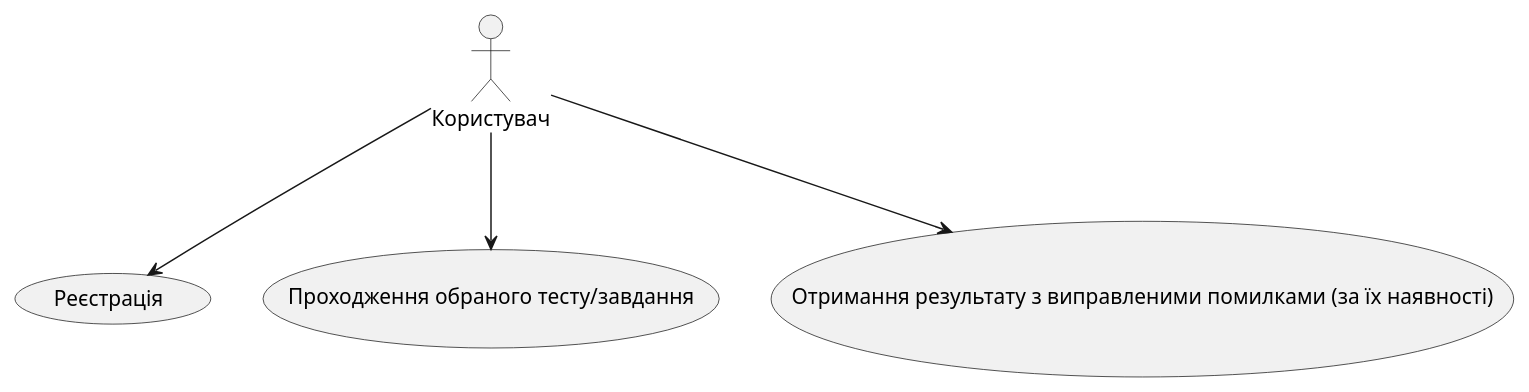
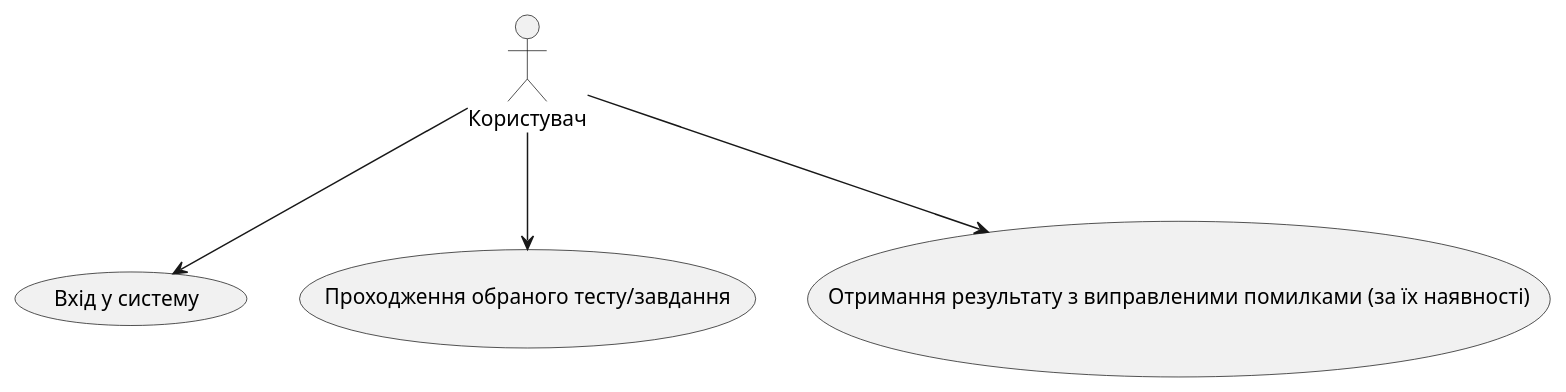
The diagram in docs/use cases/User.puml (Oleh-Khomenko/Tryeng), drawn with PlantUML before and after one commit.

```diff
--- a/docs/use cases/User.puml
+++ b/docs/use cases/User.puml
@@ -1,12 +1,12 @@
 @startuml
 actor "Користувач" as User
 
-usecase "Реєстрація" as SU1
+usecase "Вхід у систему" as SU1
 usecase "Проходження обраного тесту/завдання" as SU2
 usecase "Отримання результату з виправленими помилками (за їх наявності)" as SU3
 
 
 User-d-> SU1
 User-d-> SU2
 User-d-> SU3
 @enduml
```
